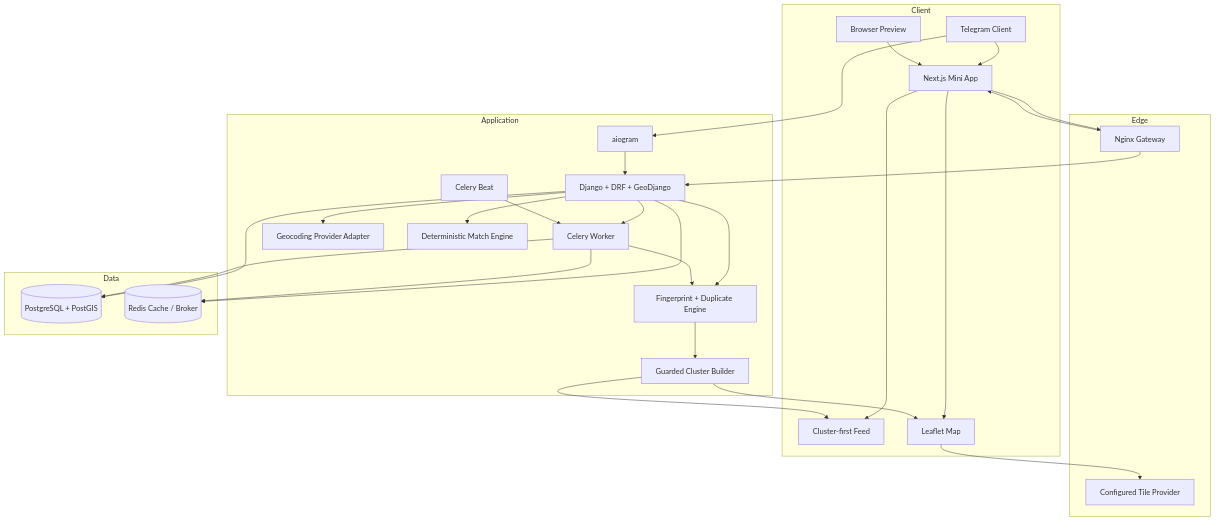
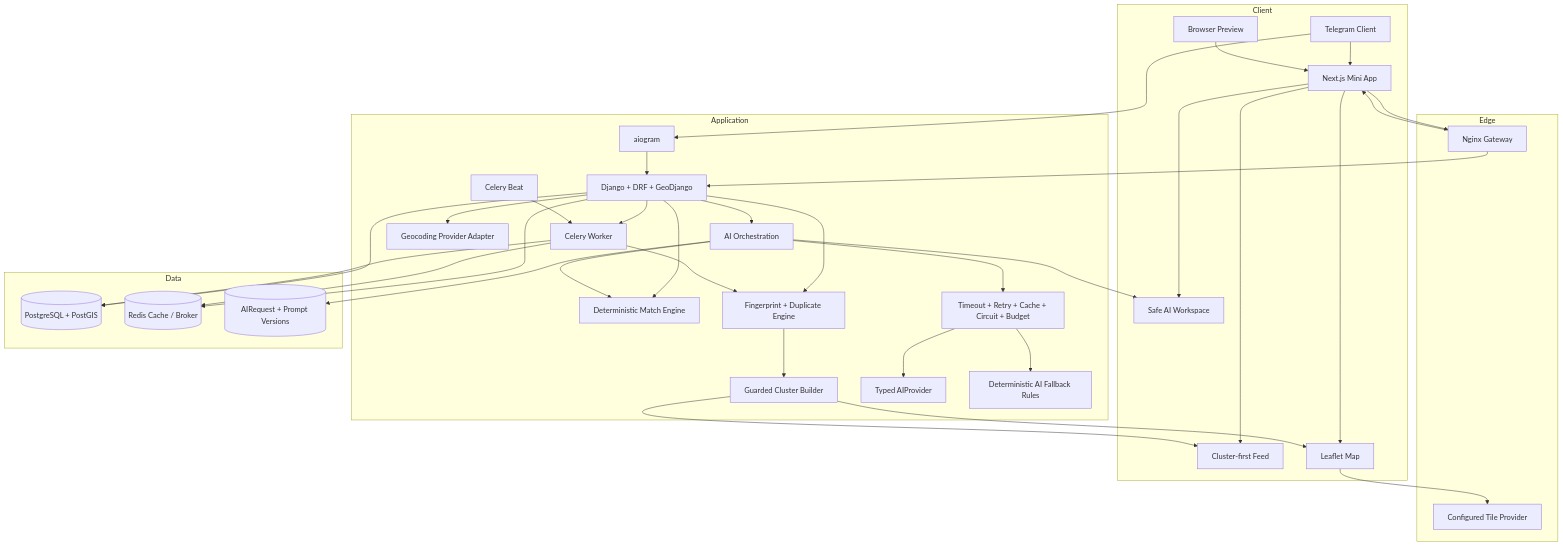
One commit to Ke1fosao/FlatHunter-AI changed the first of 5 diagrams in docs/architecture.md. Above: the diagram before and after it, drawn with Mermaid. The commit also changed other lines of this file, not shown here.

Commit message:
docs: advance architecture to Stage 8 AI layer

````diff
--- a/docs/architecture.md
+++ b/docs/architecture.md
@@ -17,55 +18,69 @@
 ```mermaid
 flowchart TB
     subgraph Client
       Telegram[Telegram Client]
       Browser[Browser Preview]
       MiniApp[Next.js Mini App]
       ClusterUI[Cluster-first Feed]
       Leaflet[Leaflet Map]
+      AIUI[Safe AI Workspace]
     end
 
     subgraph Edge
       Gateway[Nginx Gateway]
       Tiles[Configured Tile Provider]
     end
 
     subgraph Application
       API[Django + DRF + GeoDjango]
       Bot[aiogram]
       Worker[Celery Worker]
       Beat[Celery Beat]
       Geocoder[Geocoding Provider Adapter]
       Matcher[Deterministic Match Engine]
       DuplicateEngine[Fingerprint + Duplicate Engine]
       ClusterBuilder[Guarded Cluster Builder]
+      AIService[AI Orchestration]
+      AIProvider[Typed AIProvider]
+      Rules[Deterministic AI Fallback Rules]
+      Reliability[Timeout + Retry + Cache + Circuit + Budget]
     end
 
     subgraph Data
       PostgreSQL[(PostgreSQL + PostGIS)]
       Redis[(Redis Cache / Broker)]
+      AIAudit[(AIRequest + Prompt Versions)]
     end
 
     Telegram --> Bot
     Telegram --> MiniApp
     Browser --> MiniApp
     MiniApp --> Gateway
     Gateway --> API
     Gateway --> MiniApp
     MiniApp --> ClusterUI
     MiniApp --> Leaflet
+    MiniApp --> AIUI
     Leaflet --> Tiles
     Bot --> API
     API --> Matcher
     API --> Geocoder
     API --> DuplicateEngine
+    API --> AIService
+    AIService --> Reliability
+    Reliability --> AIProvider
+    Reliability --> Rules
+    AIService --> AIAudit
+    AIService --> Matcher
     DuplicateEngine --> ClusterBuilder
     API --> PostgreSQL
     API --> Redis
     API --> Worker
     Beat --> Worker
     Worker --> DuplicateEngine
     Worker --> PostgreSQL
     Worker --> Redis
     ClusterBuilder --> ClusterUI
     ClusterBuilder --> Leaflet
+    AIService --> AIUI
 ```
````
